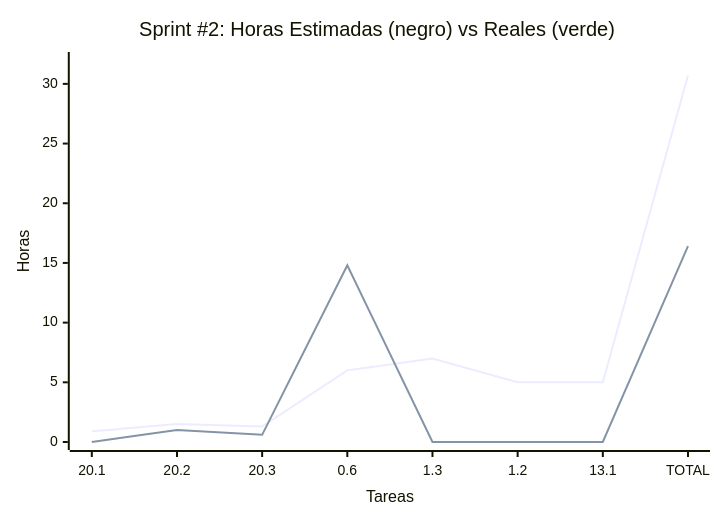
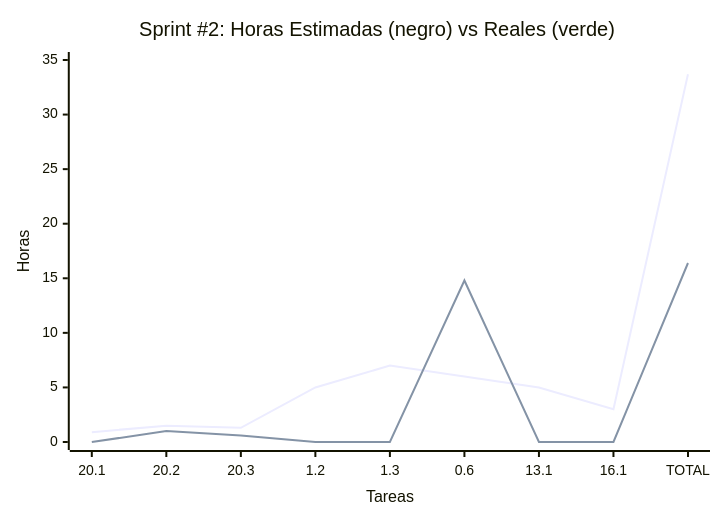
One commit to MarkMed/FleetMan changed the second of 2 diagrams in docs/SprintsPlanning.md. Above: the diagram before and after it, drawn with Mermaid. The commit also changed other lines of this file and 1 other file, not shown here.

Commit message:
Update sprint planning and Gantt charts: add deployment workshops and adjust task durations

````diff
--- a/docs/SprintsPlanning.md
+++ b/docs/SprintsPlanning.md
@@ -90,12 +91,12 @@
 ```mermaid
 xychart-beta
     title "Sprint #2: Horas Estimadas #40;negro#41; vs Reales #40;verde#41;"
-    x-axis "Tareas" ["20.1", "20.2", "20.3", "0.6", "1.3", "1.2", "13.1", "TOTAL"]
-    y-axis "Horas" 0 --> 32
+    x-axis "Tareas" ["20.1", "20.2", "20.3", "1.2", "1.3", "0.6", "13.1", "16.1", "TOTAL"]
+    y-axis "Horas" 0 --> 35
 	
 	%% Black line
-    line [0.9, 1.5, 1.3, 6, 7, 5, 5, 30.7]
+    line [0.9, 1.5, 1.3, 5, 7, 6, 5, 3, 33.7]
 
 	%% Green line
-    line [0, 1, 0.6, 14.8, 0, 0, 0, 16.4]
+    line [0, 1, 0.6, 0, 0, 14.8, 0, 0, 16.4]
 ```
````
